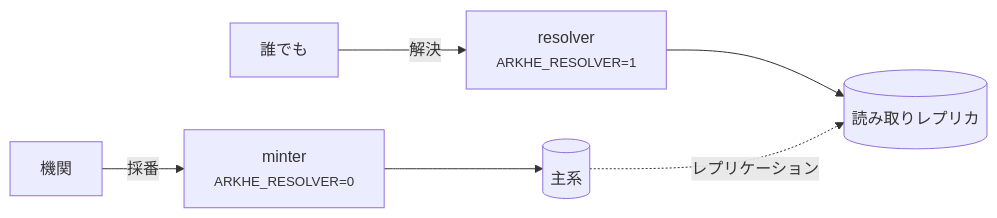
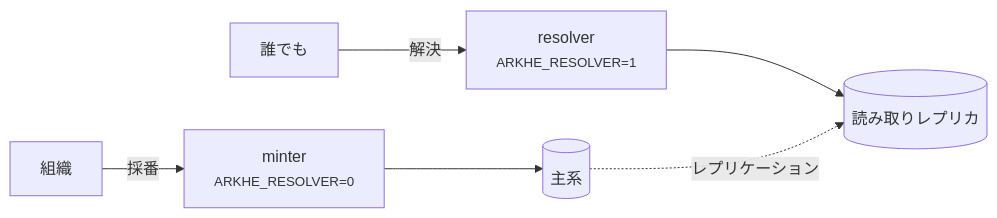
Before and after one commit to RCOSDP/arkhe: the diagram in docs/guides/deployment.ja.md, drawn with Mermaid. The commit also changed 62 other files, not shown here.

````diff
--- a/docs/guides/deployment.ja.md
+++ b/docs/guides/deployment.ja.md
@@ -5,8 +5,8 @@
 ```mermaid
 flowchart LR
-    W[機関] -->|採番| M["minter<br/><small>ARKHE_RESOLVER=0</small>"]
+    W[組織] -->|採番| M["minter<br/><small>ARKHE_RESOLVER=0</small>"]
     P[誰でも] -->|解決| R["resolver<br/><small>ARKHE_RESOLVER=1</small>"]
     M --> DB[(主系)]
     R --> RO[(読み取りレプリカ)]
     DB -.->|レプリケーション| RO
 ```
````
